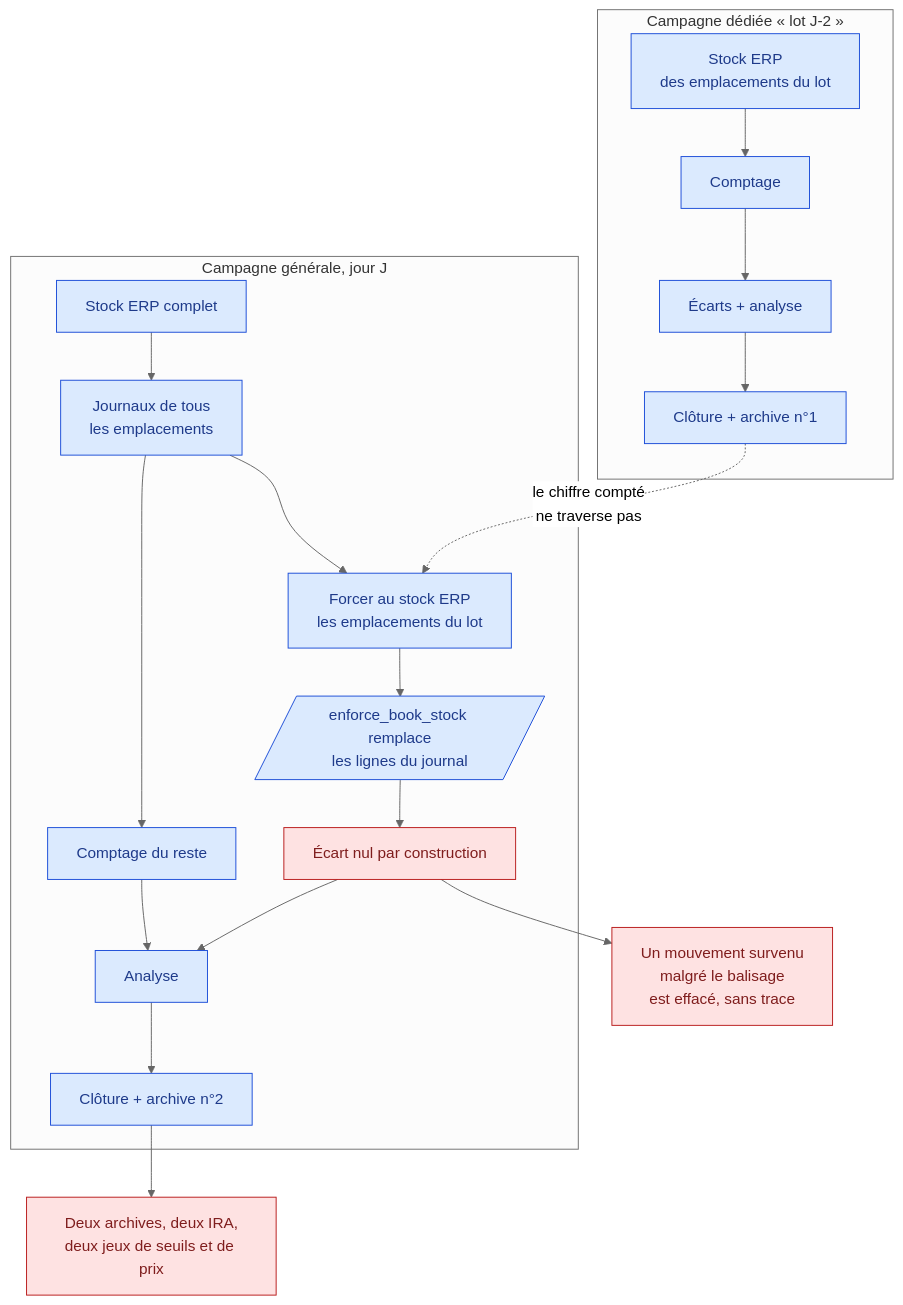
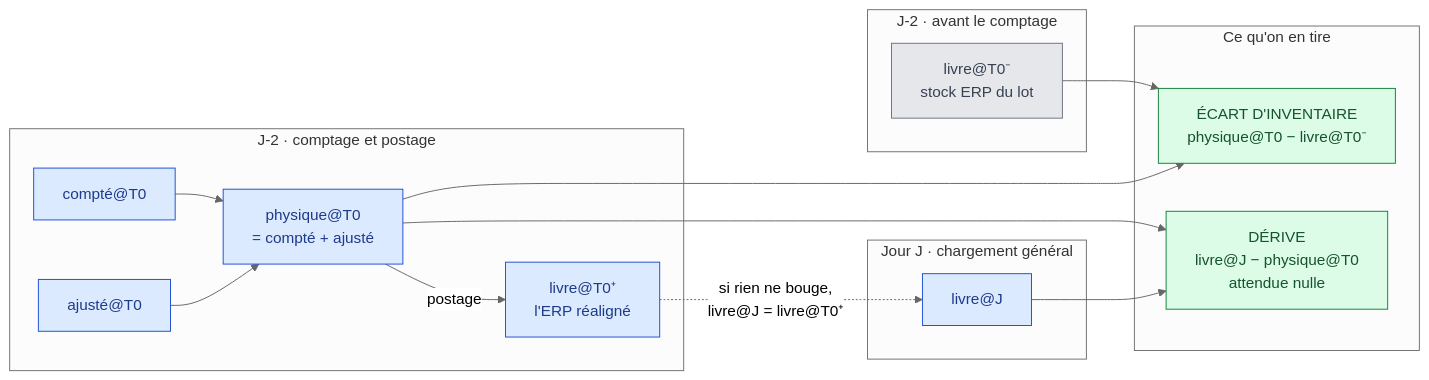
One commit to yns11/DEV-INV-G changed the third of 8 diagrams in docs/08-algorigrammes.md. Above: the diagram before and after it, drawn with Mermaid (neutral theme). The commit also changed other lines of this file and 1 other file, not shown here.

````diff
--- a/docs/08-algorigrammes.md
+++ b/docs/08-algorigrammes.md
@@ -74,25 +122,40 @@
 ```mermaid
-flowchart TD
-    subgraph P1 [Campagne dédiée « lot J-2 »]
-        A1[Stock ERP<br/>des emplacements du lot] --> B1[Comptage] --> C1[Écarts + analyse] --> D1[Clôture + archive n°1]
+flowchart LR
+    subgraph T0A ["J-2 · avant le comptage"]
+        A1["livre@T0⁻<br/>stock ERP du lot"]
     end
 
-    subgraph P2 [Campagne générale, jour J]
-        A2[Stock ERP complet] --> B2[Journaux de tous<br/>les emplacements]
-        B2 --> C2[Forcer au stock ERP<br/>les emplacements du lot]
-        C2 --> D2[/enforce_book_stock remplace<br/>les lignes du journal/]
-        D2 --> E2[Écart nul par construction]
-        B2 --> F2[Comptage du reste] --> G2[Analyse] --> H2[Clôture + archive n°2]
-        E2 --> G2
+    subgraph T0B ["J-2 · comptage et postage"]
+        A2["compté@T0"]
+        A3["ajusté@T0"]
+        A4["physique@T0<br/>= compté + ajusté"]
+        A5["livre@T0⁺<br/>l'ERP réaligné"]
     end
 
-    D1 -.->|le chiffre compté<br/>ne traverse pas| C2
-    E2 --> X1[Un mouvement survenu<br/>malgré le balisage<br/>est effacé, sans trace]
+    subgraph JJ ["Jour J · chargement général"]
+        B1["livre@J"]
+    end
 
-    H2 --> X2[Deux archives, deux IRA,<br/>deux jeux de seuils et de prix]
+    subgraph R ["Ce qu'on en tire"]
+        C1["ÉCART D'INVENTAIRE<br/>physique@T0 − livre@T0⁻"]
+        C2["DÉRIVE<br/>livre@J − physique@T0<br/>attendue nulle"]
+    end
 
-    classDef existant fill:#dbeafe,stroke:#1d4ed8,color:#1e3a8a
-    classDef perte fill:#fee2e2,stroke:#b91c1c,color:#7f1d1d
-    class A1,B1,C1,D1,A2,B2,C2,D2,F2,G2,H2 existant
-    class E2,X1,X2 perte
+    A2 --> A4
+    A3 --> A4
+    A4 -->|postage| A5
+
+    A1 --> C1
+    A4 --> C1
+    A4 --> C2
+    B1 --> C2
+
+    A5 -.->|"si rien ne bouge,<br/>livre@J = livre@T0⁺"| B1
+
+    classDef av fill:#e5e7eb,stroke:#6b7280,color:#374151
+    classDef q fill:#dbeafe,stroke:#1d4ed8,color:#1e3a8a
+    classDef r fill:#dcfce7,stroke:#15803d,color:#14532d
+    class A1 av
+    class A2,A3,A4,A5,B1 q
+    class C1,C2 r
 ```
````
